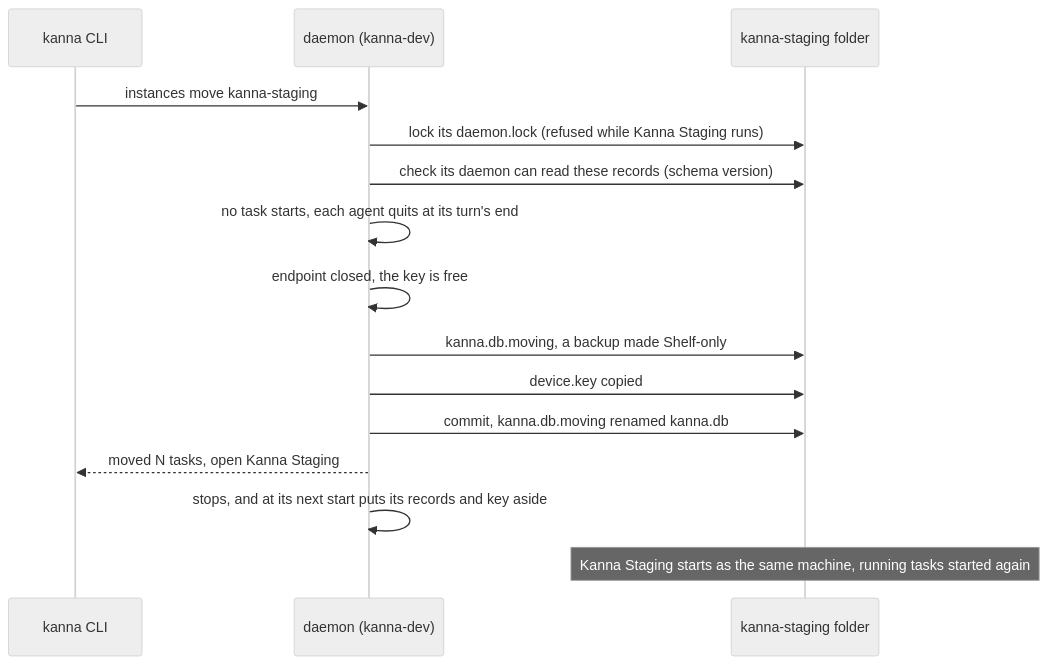
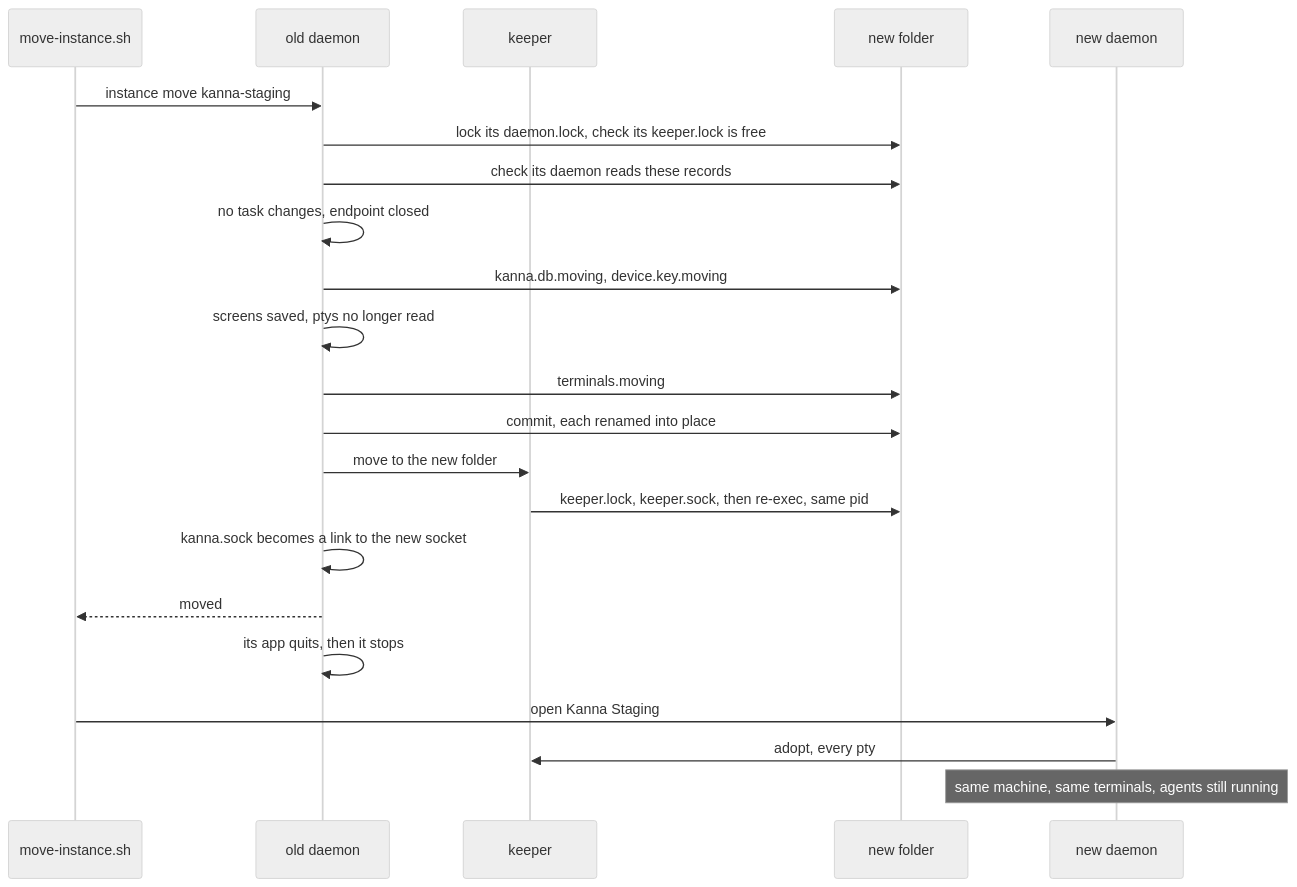
Before and after one commit to tampopogk/kanna: the diagram in docs/specs/instance-move.md, drawn with Mermaid (neutral theme). The commit also changed other lines of this file and 20 other files, not shown here.

First line of the commit message:
Live instance move: the keeper re-execs into the new folder, so terminals and agents keep running

````diff
--- a/docs/specs/instance-move.md
+++ b/docs/specs/instance-move.md
@@ -43,17 +46,24 @@
 ```mermaid
 sequenceDiagram
-    participant C as kanna CLI
-    participant S as daemon (kanna-dev)
-    participant T as kanna-staging folder
-    C->>S: instances move kanna-staging
-    S->>T: lock its daemon.lock (refused while Kanna Staging runs)
-    S->>T: check its daemon can read these records (schema version)
-    S->>S: no task starts, each agent quits at its turn's end
-    S->>S: endpoint closed, the key is free
-    S->>T: kanna.db.moving, a backup made Shelf-only
-    S->>T: device.key copied
-    S->>T: commit, kanna.db.moving renamed kanna.db
-    S-->>C: moved N tasks, open Kanna Staging
-    S->>S: stops, and at its next start puts its records and key aside
-    Note over T: Kanna Staging starts as the same machine, running tasks started again
+    participant C as move-instance.sh
+    participant S as old daemon
+    participant K as keeper
+    participant T as new folder
+    participant N as new daemon
+    C->>S: instance move kanna-staging
+    S->>T: lock its daemon.lock, check its keeper.lock is free
+    S->>T: check its daemon reads these records
+    S->>S: no task changes, endpoint closed
+    S->>T: kanna.db.moving, device.key.moving
+    S->>S: screens saved, ptys no longer read
+    S->>T: terminals.moving
+    S->>T: commit, each renamed into place
+    S->>K: move to the new folder
+    K->>T: keeper.lock, keeper.sock, then re-exec, same pid
+    S->>S: kanna.sock becomes a link to the new socket
+    S-->>C: moved
+    S->>S: its app quits, then it stops
+    C->>N: open Kanna Staging
+    N->>K: adopt, every pty
+    Note over N: same machine, same terminals, agents still running
 ```
````
